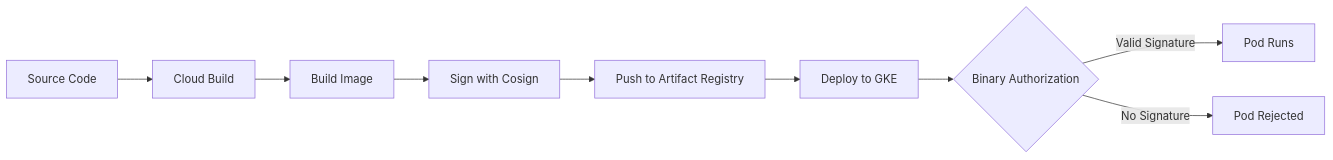
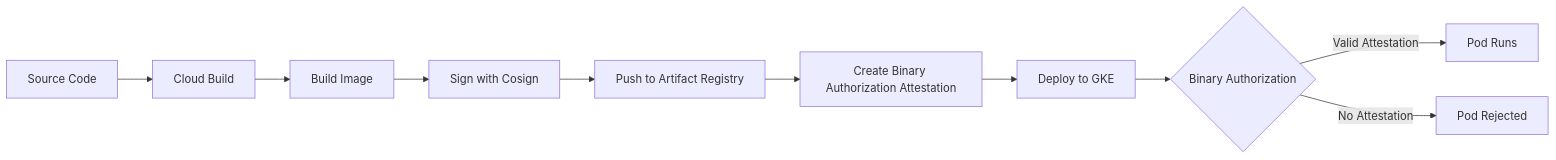
Before and after one commit to OneUptime/blog: the diagram in posts/2026-02-17-how-to-implement-container-image-signing-with-cosign-and-binary-authorization-for-gke-deployments/README.md, drawn with Mermaid. The commit also changed other lines of this file and 2 other files, not shown here.

Commit message:
validate: 2026-02-17-how-to-implement-container-image-signing-with-cosign-and-binary-authorization-for-gke-deployments

````diff
--- a/posts/2026-02-17-how-to-implement-container-image-signing-with-cosign-and-binary-authorization-for-gke-deployments/README.md
+++ b/posts/2026-02-17-how-to-implement-container-image-signing-with-cosign-and-binary-authorization-for-gke-deployments/README.md
@@ -25,11 +26,12 @@
 ```mermaid
 flowchart LR
     A[Source Code] --> B[Cloud Build]
     B --> C[Build Image]
     C --> D[Sign with Cosign]
     D --> E[Push to Artifact Registry]
-    E --> F[Deploy to GKE]
-    F --> G{Binary Authorization}
-    G -->|Valid Signature| H[Pod Runs]
-    G -->|No Signature| I[Pod Rejected]
+    E --> F[Create Binary Authorization Attestation]
+    F --> G[Deploy to GKE]
+    G --> H{Binary Authorization}
+    H -->|Valid Attestation| I[Pod Runs]
+    H -->|No Attestation| J[Pod Rejected]
 ```
````
